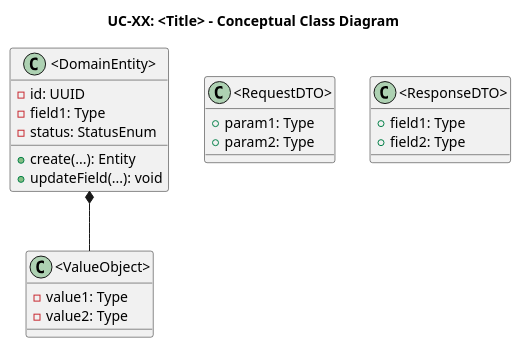
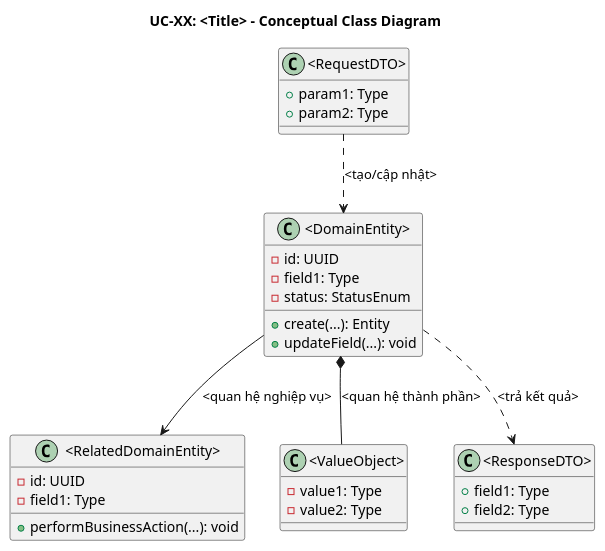
The fifth of 7 diagrams in docs/usecases/template.md (Phunguy65/train-ticket-booking-system-plus), drawn with PlantUML before and after one commit. The commit also changed other lines of this file and 7 other files, not shown here.

````diff
--- a/docs/usecases/template.md
+++ b/docs/usecases/template.md
@@ -106,30 +145,39 @@
 ```plantuml
 @startuml UC-XX-class
 title UC-XX: <Title> - Conceptual Class Diagram
 
 class "<DomainEntity>" as Entity {
   - id: UUID
   - field1: Type
   - status: StatusEnum
   + create(...): Entity
   + updateField(...): void
+}
+
+class "<RelatedDomainEntity>" as RelatedEntity {
+  - id: UUID
+  - field1: Type
+  + performBusinessAction(...): void
 }
 
 class "<ValueObject>" as VO {
   - value1: Type
   - value2: Type
 }
 
 class "<RequestDTO>" as ReqDTO {
   + param1: Type
   + param2: Type
 }
 
 class "<ResponseDTO>" as ResDTO {
   + field1: Type
   + field2: Type
 }
 
-Entity *-- VO
+Entity *-- VO : <quan hệ thành phần>
+Entity --> RelatedEntity : <quan hệ nghiệp vụ>
+ReqDTO ..> Entity : <tạo/cập nhật>
+Entity ..> ResDTO : <trả kết quả>
 @enduml
 ```
````
